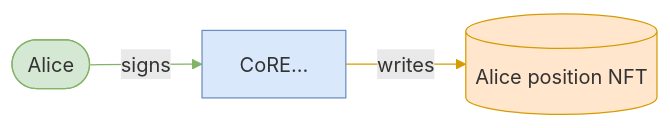
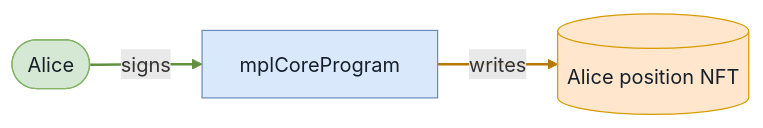
Before and after one commit to cds-turbin3/vesting-position: diagram 14 of 36 in babelfish-tests/test-report/full_lifecycle.md, drawn with Mermaid. The commit also changed other lines of this file and 106 other files, not shown here.

````diff
--- a/babelfish-tests/test-report/full_lifecycle.md
+++ b/babelfish-tests/test-report/full_lifecycle.md
@@ -724,13 +722,13 @@
 ```mermaid
 flowchart LR
-    CoRE["CoRE…"]:::program
+    mplCoreProgram["mplCoreProgram"]:::program
     AlicepositionNFT[("Alice position NFT")]:::state
     Alice(["Alice"]):::signer
-    CoRE -->|writes| AlicepositionNFT
-    Alice -->|signs| CoRE
-    classDef program fill:#dae8fc,stroke:#6c8ebf;
-    classDef signer fill:#d5e8d4,stroke:#82b366;
-    classDef state fill:#ffe6cc,stroke:#d79b00;
-    linkStyle 0 stroke:#d79b00
-    linkStyle 1 stroke:#82b366
+    mplCoreProgram -->|writes| AlicepositionNFT
+    Alice -->|signs| mplCoreProgram
+    classDef program fill:#dae8fc,stroke:#6c8ebf,color:#17202a;
+    classDef signer fill:#d5e8d4,stroke:#82b366,color:#17202a;
+    classDef state fill:#ffe6cc,stroke:#d79b00,color:#17202a;
+    linkStyle 0 stroke:#b87800,stroke-width:2px
+    linkStyle 1 stroke:#5f913f,stroke-width:2px
 ```
````
